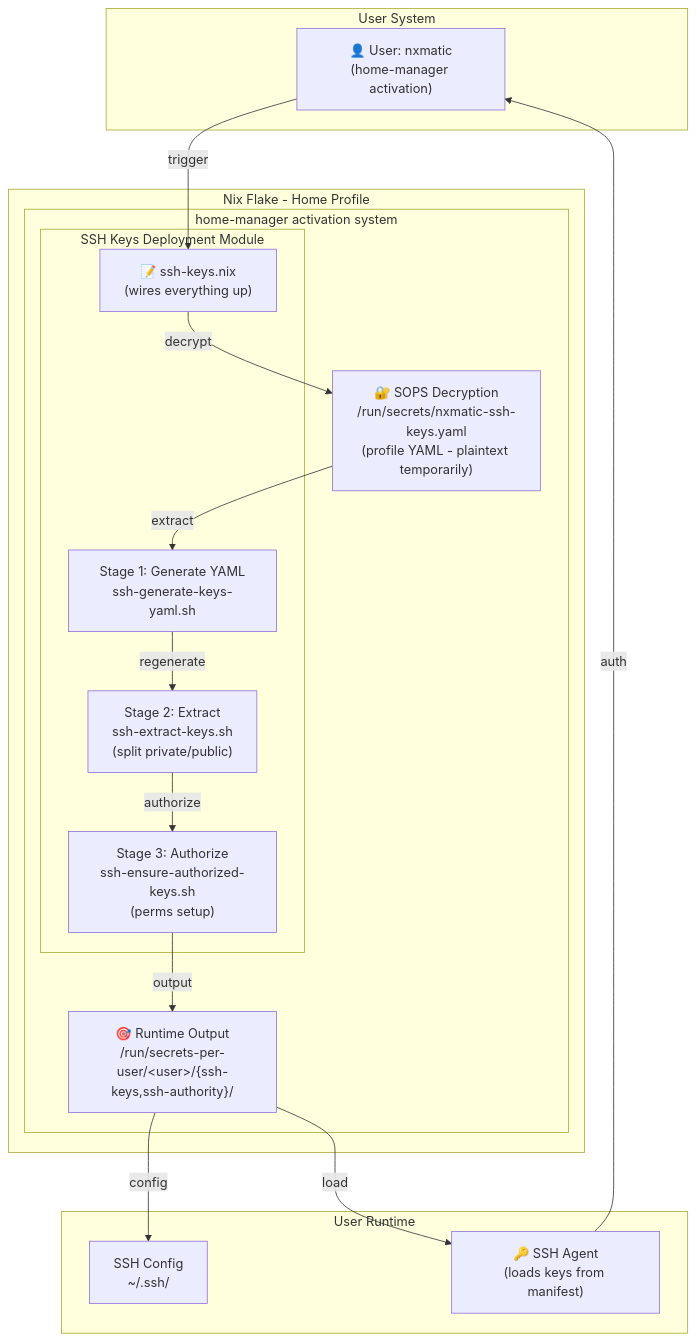
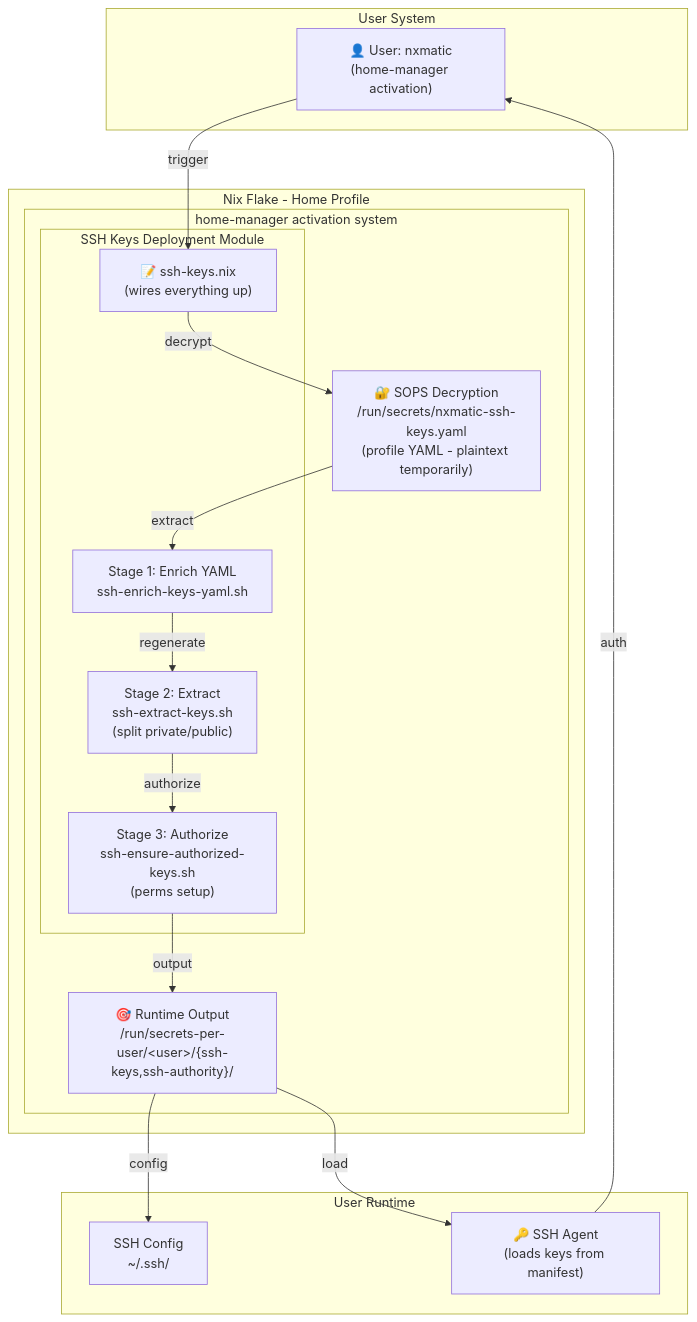
One commit to seedmatic/ndh changed the first of 7 diagrams in docs/ssh-keys-diagrams.adoc. Above: the diagram before and after it, drawn with Mermaid. The commit also changed other lines of this file and 2 other files, not shown here.

```diff
--- a/docs/ssh-keys-diagrams.adoc
+++ b/docs/ssh-keys-diagrams.adoc
@@ -23,37 +23,37 @@
 [mermaid]
 ----
 graph TB
     subgraph "User System"
         user["👤 User: nxmatic<br/>(home-manager activation)"]
     end
     
     subgraph "Nix Flake - Home Profile"
         subgraph "home-manager activation system"
             sops["🔐 SOPS Decryption<br/>/run/secrets/nxmatic-ssh-keys.yaml<br/>(profile YAML - plaintext temporarily)"]
             
             subgraph "SSH Keys Deployment Module"
                 nix["📝 ssh-keys.nix<br/>(wires everything up)"]
-                stage1["Stage 1: Generate YAML<br/>ssh-generate-keys-yaml.sh"]
+                stage1["Stage 1: Enrich YAML<br/>ssh-enrich-keys-yaml.sh"]
                 stage2["Stage 2: Extract<br/>ssh-extract-keys.sh<br/>(split private/public)"]
                 stage3["Stage 3: Authorize<br/>ssh-ensure-authorized-keys.sh<br/>(perms setup)"]
             end
             
             runtime["🎯 Runtime Output<br/>/run/secrets-per-user/&lt;user&gt;/{ssh-keys,ssh-authority}/"]
         end
     end
     
     subgraph "User Runtime"
         ssh_config["SSH Config<br/>~/.ssh/"]
         agent["🔑 SSH Agent<br/>(loads keys from manifest)"]
     end
     
     user -->|trigger| nix
     nix -->|decrypt| sops
     sops -->|extract| stage1
     stage1 -->|regenerate| stage2
     stage2 -->|authorize| stage3
     stage3 -->|output| runtime
     runtime -->|load| agent
     runtime -->|config| ssh_config
     agent -->|auth| user
 ----
```
